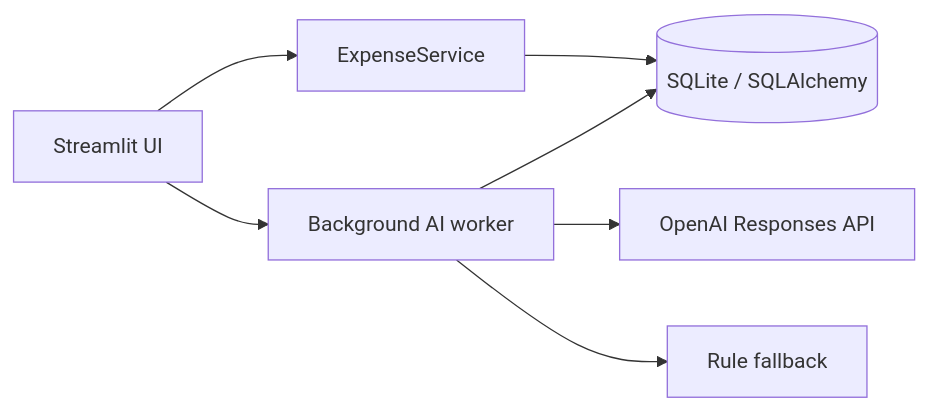
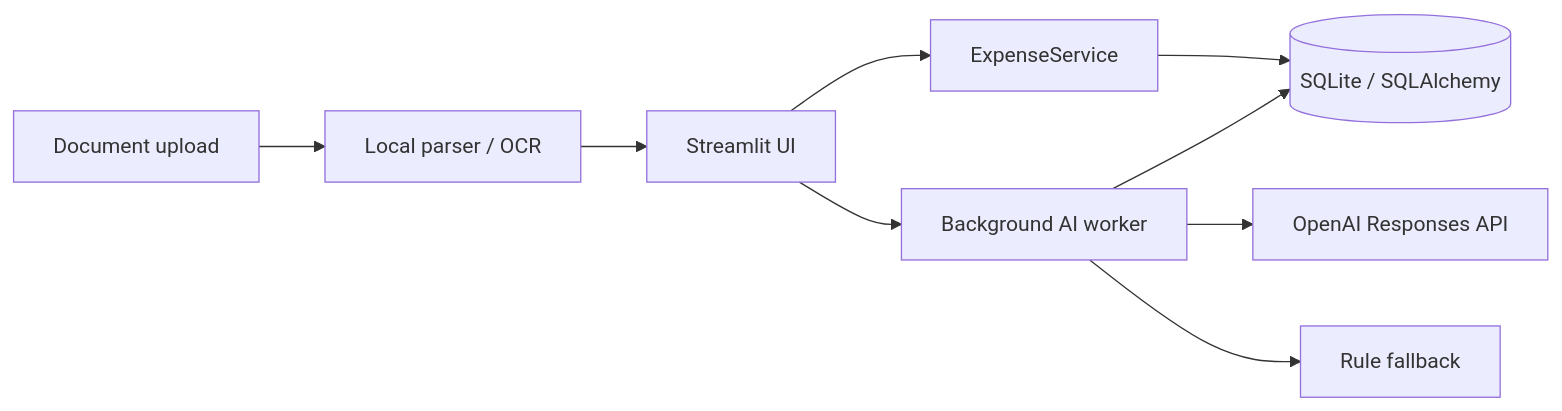
One commit to ElinaKlymovska/SAG7-Ventures changed the diagram in README.md. Above: the diagram before and after it, drawn with Mermaid. The commit also changed other lines of this file and 13 other files, not shown here.

Commit message:
Add local expense document intake

````diff
--- a/README.md
+++ b/README.md
@@ -79,9 +112,11 @@
 ```mermaid
 flowchart LR
-    UI[Streamlit UI] --> S[ExpenseService]
+    D[Document upload] --> X[Local parser / OCR]
+    X --> UI[Streamlit UI]
+    UI --> S[ExpenseService]
     S --> DB[(SQLite / SQLAlchemy)]
     UI --> W[Background AI worker]
     W --> OA[OpenAI Responses API]
     W --> FB[Rule fallback]
     W --> DB
 ```
````
